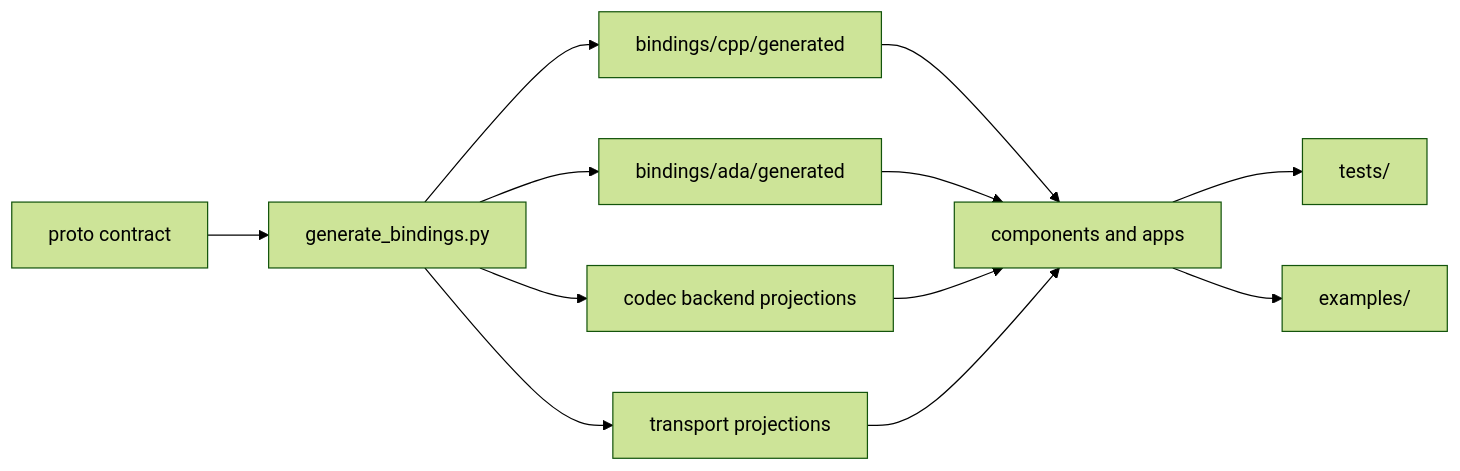
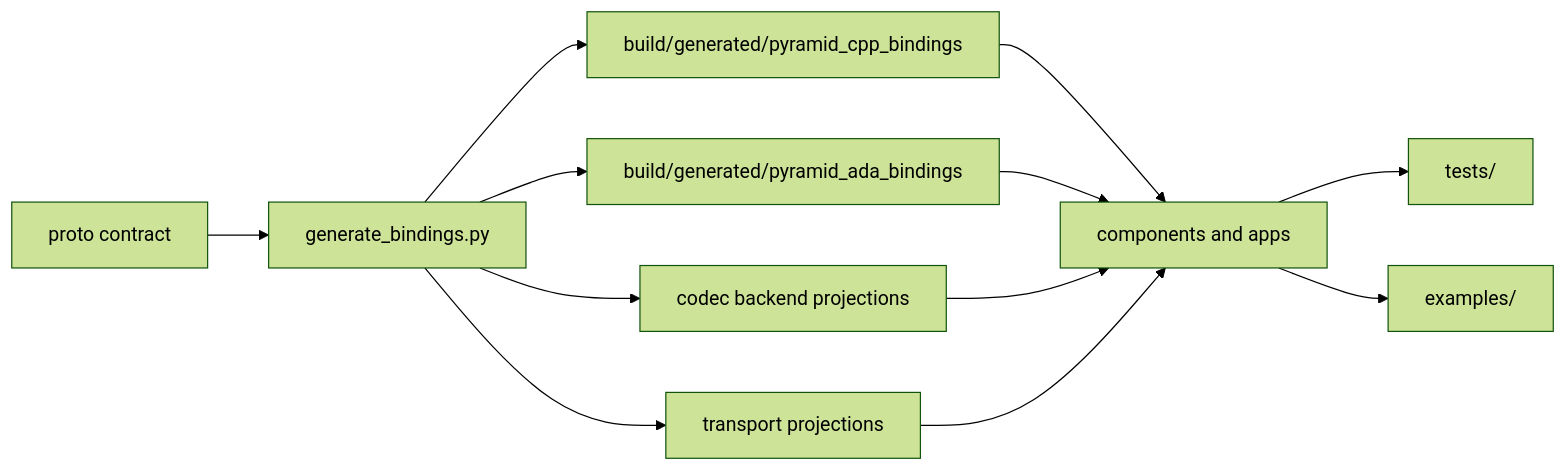
The diagram in subprojects/PYRAMID/bindings/README.md (Ackoogin/mujin), drawn with Mermaid (forest theme) before and after one commit. The commit also changed other lines of this file and 201 other files, not shown here.

Commit message:
Retire Ada gRPC shim and generated bindings

````diff
--- a/subprojects/PYRAMID/bindings/README.md
+++ b/subprojects/PYRAMID/bindings/README.md
@@ -39,16 +32,16 @@
 ```mermaid
 flowchart LR
     proto["proto contract"] --> gen["generate_bindings.py"]
-    gen --> cpp["bindings/cpp/generated"]
-    gen --> ada["bindings/ada/generated"]
+    gen --> cpp["build/generated/pyramid_cpp_bindings"]
+    gen --> ada["build/generated/pyramid_ada_bindings"]
     gen --> codecs["codec backend projections"]
     gen --> transports["transport projections"]
 
     cpp --> components["components and apps"]
     ada --> components
     codecs --> components
     transports --> components
 
     components --> tests["tests/"]
     components --> examples["examples/"]
 ```
````
